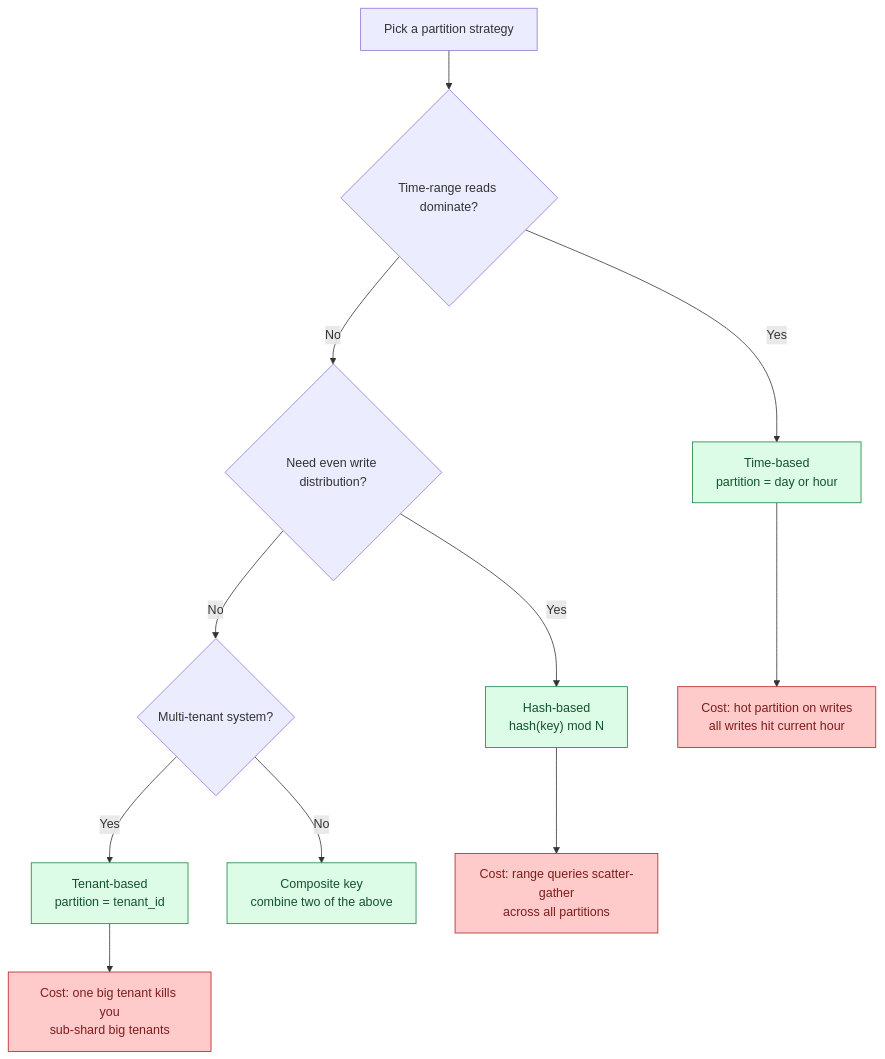
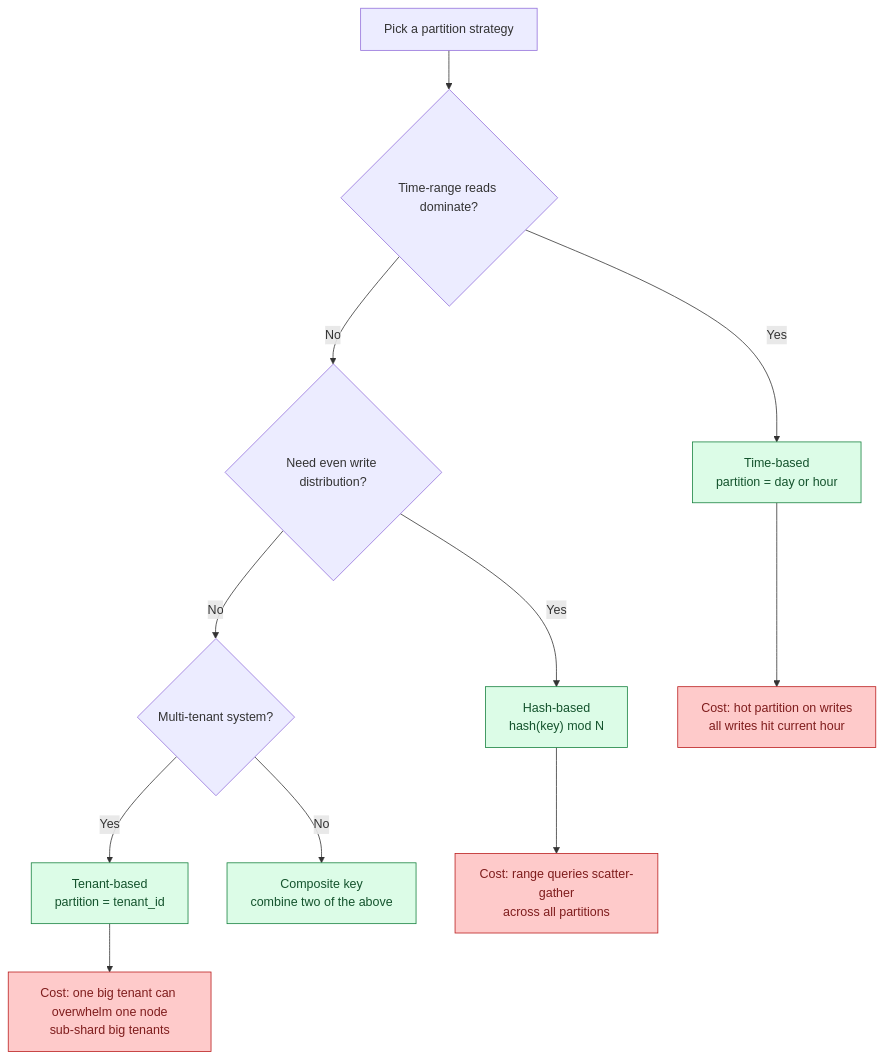
One commit to shiningflash/system-design changed the sixth of 12 diagrams in problems/018-write-heavy-patterns/question.md. Above: the diagram before and after it, drawn with Mermaid. The commit also changed other lines of this file and 37 other files, not shown here.

````diff
--- a/problems/018-write-heavy-patterns/question.md
+++ b/problems/018-write-heavy-patterns/question.md
@@ -269,16 +204,16 @@
 ```mermaid
 flowchart TD
     A[Pick a partition strategy] --> B{Time-range reads dominate?}
     B -->|Yes| C["Time-based<br/>partition = day or hour"]:::ok
     B -->|No| D{Need even write distribution?}
     D -->|Yes| E["Hash-based<br/>hash(key) mod N"]:::ok
     D -->|No| F{Multi-tenant system?}
     F -->|Yes| G["Tenant-based<br/>partition = tenant_id"]:::ok
     F -->|No| H["Composite key<br/>combine two of the above"]:::ok
     C --> I["Cost: hot partition on writes<br/>all writes hit current hour"]:::bad
     E --> J["Cost: range queries scatter-gather<br/>across all partitions"]:::bad
-    G --> K["Cost: one big tenant kills you<br/>sub-shard big tenants"]:::bad
+    G --> K["Cost: one big tenant can overwhelm one node<br/>sub-shard big tenants"]:::bad
 
     classDef ok  fill:#dcfce7,stroke:#15803d,color:#14532d
     classDef bad fill:#fecaca,stroke:#b91c1c,color:#7f1d1d
 ```
````
